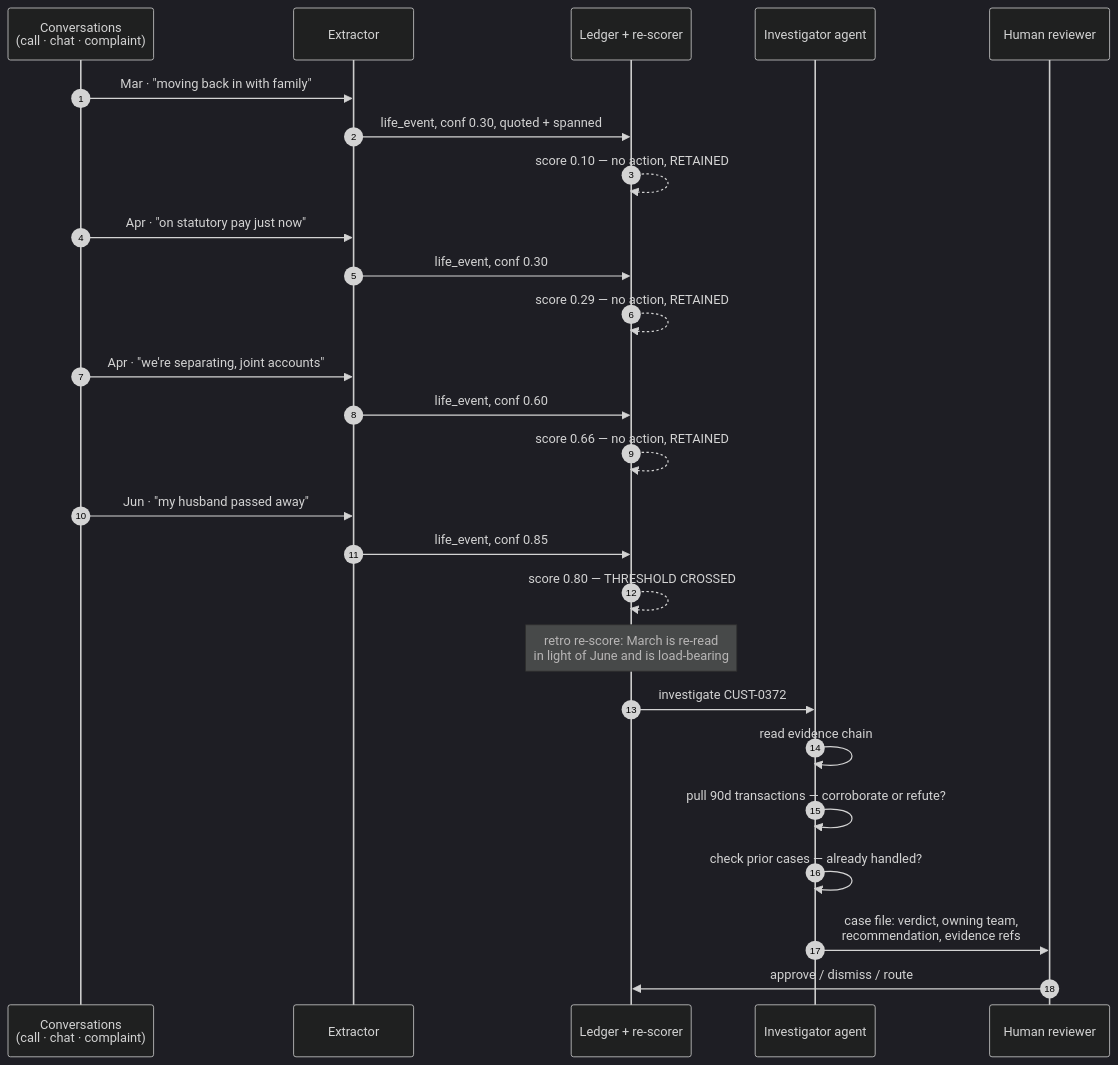
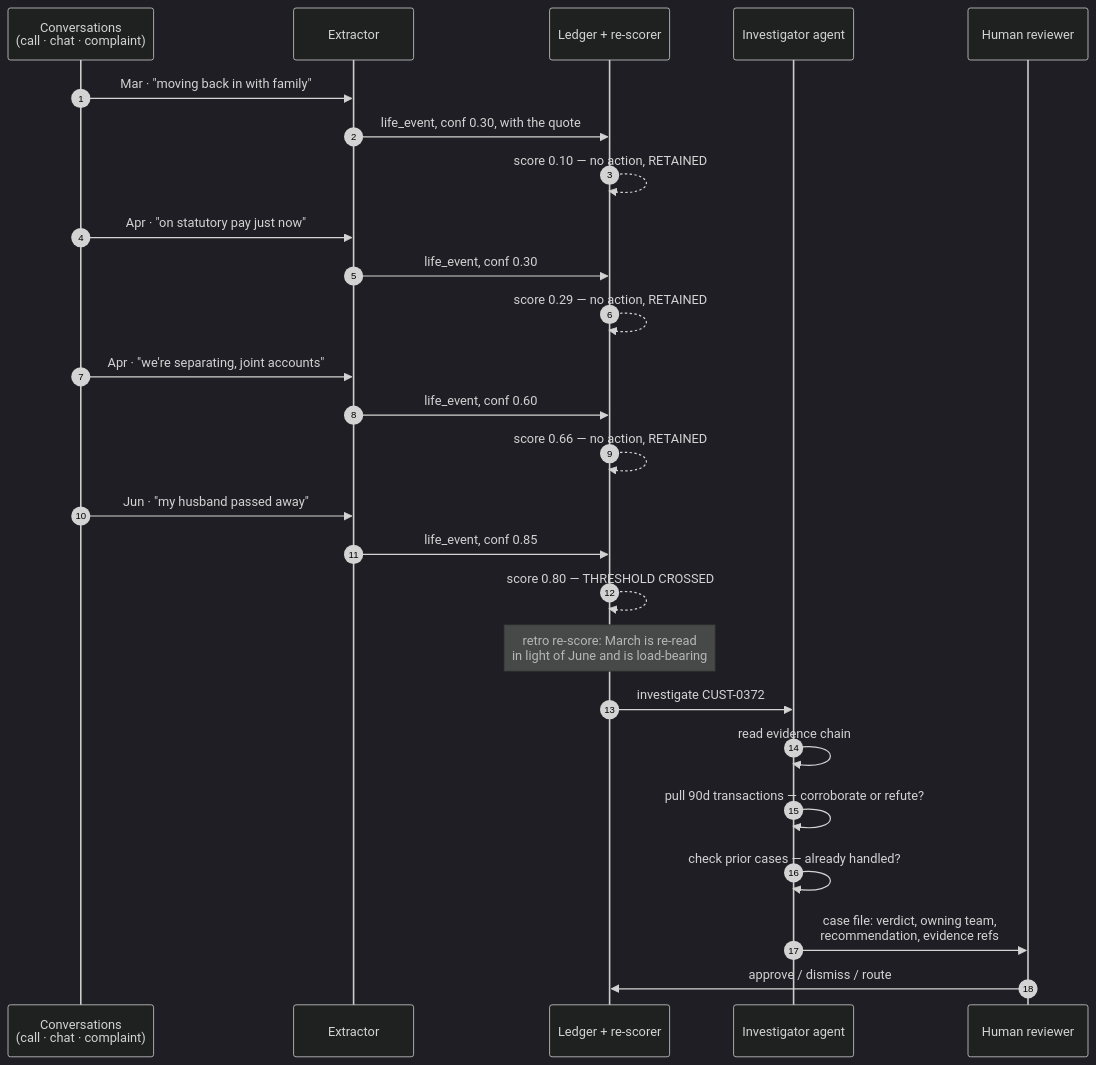
Before and after one commit to ravijp/Genesis_2026: the second of 4 diagrams in docs/architecture/architecture.md, drawn with Mermaid (dark theme). The commit also changed other lines of this file and 12 other files, not shown here.

````diff
--- a/docs/architecture/architecture.md
+++ b/docs/architecture/architecture.md
@@ -69,33 +68,33 @@
 ```mermaid
 sequenceDiagram
     autonumber
     participant C as Conversations<br/>(call · chat · complaint)
     participant X as Extractor
     participant L as Ledger + re-scorer
     participant A as Investigator agent
     participant H as Human reviewer
 
     C->>X: Mar · "moving back in with family"
-    X->>L: life_event, conf 0.30, quoted + spanned
+    X->>L: life_event, conf 0.30, with the quote
     L-->>L: score 0.10 — no action, RETAINED
 
     C->>X: Apr · "on statutory pay just now"
     X->>L: life_event, conf 0.30
     L-->>L: score 0.29 — no action, RETAINED
 
     C->>X: Apr · "we're separating, joint accounts"
     X->>L: life_event, conf 0.60
     L-->>L: score 0.66 — no action, RETAINED
 
     C->>X: Jun · "my husband passed away"
     X->>L: life_event, conf 0.85
     L-->>L: score 0.80 — THRESHOLD CROSSED
     Note over L: retro re-score: March is re-read<br/>in light of June and is load-bearing
 
     L->>A: investigate CUST-0372
     A->>A: read evidence chain
     A->>A: pull 90d transactions — corroborate or refute?
     A->>A: check prior cases — already handled?
     A->>H: case file: verdict, owning team,<br/>recommendation, evidence refs
     H->>L: approve / dismiss / route
 ```
````
